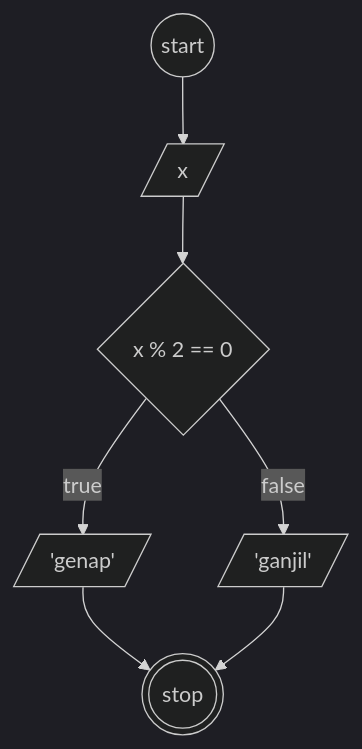
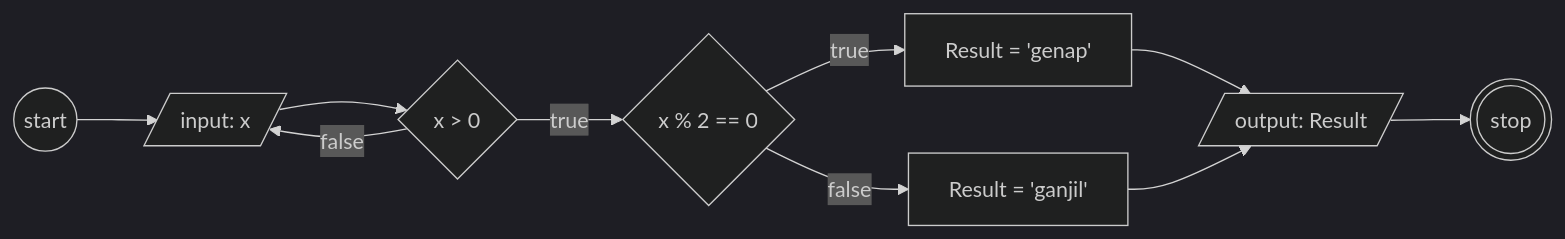
Before and after one commit to yasirmaxstyle/fgo24-algoritma: the diagram in oddEvenNumber.md, drawn with Mermaid (dark theme). The commit also changed other lines of this file, not shown here.

````diff
--- a/oddEvenNumber.md
+++ b/oddEvenNumber.md
@@ -13,16 +16,21 @@
 ```mermaid
-graph TD
+graph LR
 A((start))
-B[/x/]
+B[/input: x/]
+val{x > 0}
 C{x % 2 == 0}
-D[/'genap'/]
-E[/'ganjil'/]
-F(((stop)))
+D[Result = 'genap']
+E[Result = 'ganjil']
+F[/output: Result/]
+G(((stop)))
 
 A --> B
-B --> C
+B --> val
+val --true--> C
+val --false--> B
 C --true--> D
 C --false--> E
 D & E --> F
+F --> G
 
 ```
````
